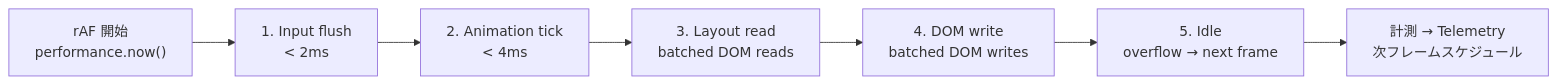
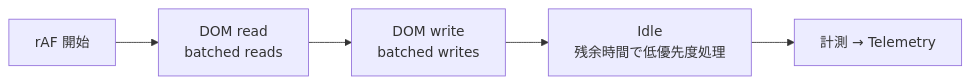
One commit to hitalin/notedeck changed the third of 4 diagrams in DEVELOPMENT.md. Above: the diagram before and after it, drawn with Mermaid. The commit also changed other lines of this file and 6 other files, not shown here.

````diff
--- a/DEVELOPMENT.md
+++ b/DEVELOPMENT.md
@@ -522,9 +469,7 @@
 ```mermaid
 graph LR
-    START["rAF 開始<br/>performance.now()"] --> INPUT["1. Input flush<br/>&lt; 2ms"]
-    INPUT --> ANIM["2. Animation tick<br/>&lt; 4ms"]
-    ANIM --> READ["3. Layout read<br/>batched DOM reads"]
-    READ --> WRITE["4. DOM write<br/>batched DOM writes"]
-    WRITE --> IDLE["5. Idle<br/>overflow → next frame"]
-    IDLE --> END["計測 → Telemetry<br/>次フレームスケジュール"]
+    START["rAF 開始"] --> READ["DOM read<br/>batched reads"]
+    READ --> WRITE["DOM write<br/>batched writes"]
+    WRITE --> IDLE["Idle<br/>残余時間で低優先度処理"]
+    IDLE --> END["計測 → Telemetry"]
 ```
````
